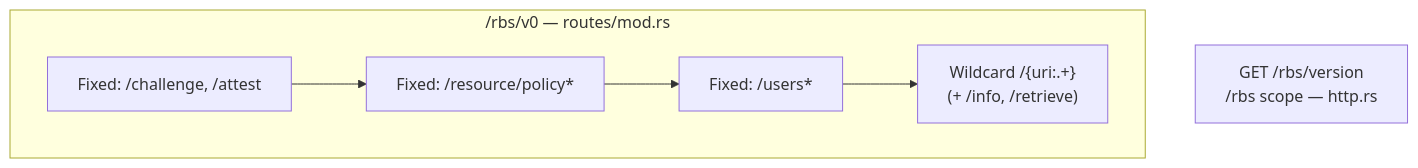
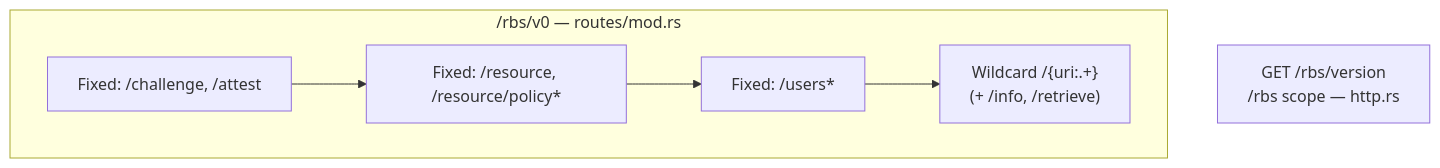
Before and after one commit to openeuler-mirror/globaltrustauthority-rbs: diagram 17 of 19 in docs/design/architecture.md, drawn with Mermaid. The commit also changed other lines of this file and 22 other files, not shown here.

````diff
--- a/docs/design/architecture.md
+++ b/docs/design/architecture.md
@@ -716,11 +717,11 @@
 ```mermaid
 flowchart TD
     subgraph v0_scope ["/rbs/v0 — routes/mod.rs"]
         F1["Fixed: /challenge, /attest"]
-        F2["Fixed: /resource/policy*"]
+        F2["Fixed: /resource, /resource/policy*"]
         F3["Fixed: /users*"]
         W["Wildcard /{uri:.+}<br/>(+ /info, /retrieve)"]
         F1 --> F2 --> F3 --> W
     end
     V["GET /rbs/version<br/>/rbs scope — http.rs"]
 ```
````
